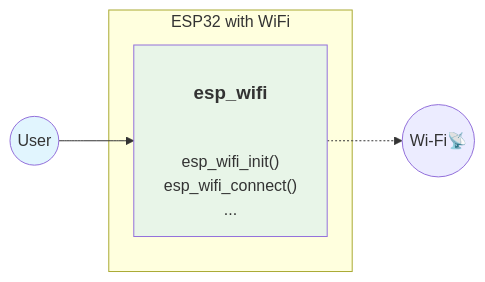
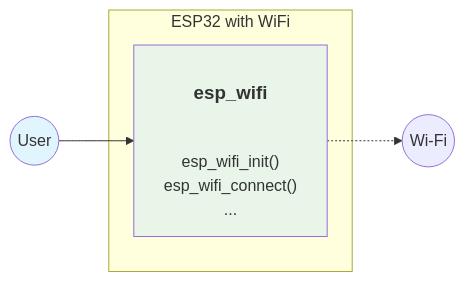
The first of 4 diagrams in content/blog/2025/08/esp-wifi-remote/index.md (espressif/developer-portal), drawn with Mermaid before and after one commit. The commit also changed other lines of this file, not shown here.

````diff
--- a/content/blog/2025/08/esp-wifi-remote/index.md
+++ b/content/blog/2025/08/esp-wifi-remote/index.md
@@ -25,16 +25,16 @@
 ```mermaid
 graph LR
     U((User)) --> WIFI["<h3>esp_wifi</h3><br/>esp_wifi_init()<br/>esp_wifi_connect()<br/>..."]
 
     subgraph "ESP32 with WiFi"
         WIFI
     end
 
 
     WIFI -.-> A
 
-    A((Wi-Fi📡))
+    A((Wi-Fi))
 
     style U fill:#e1f5fe
     style WIFI fill:#e8f5e8
 ```
````
